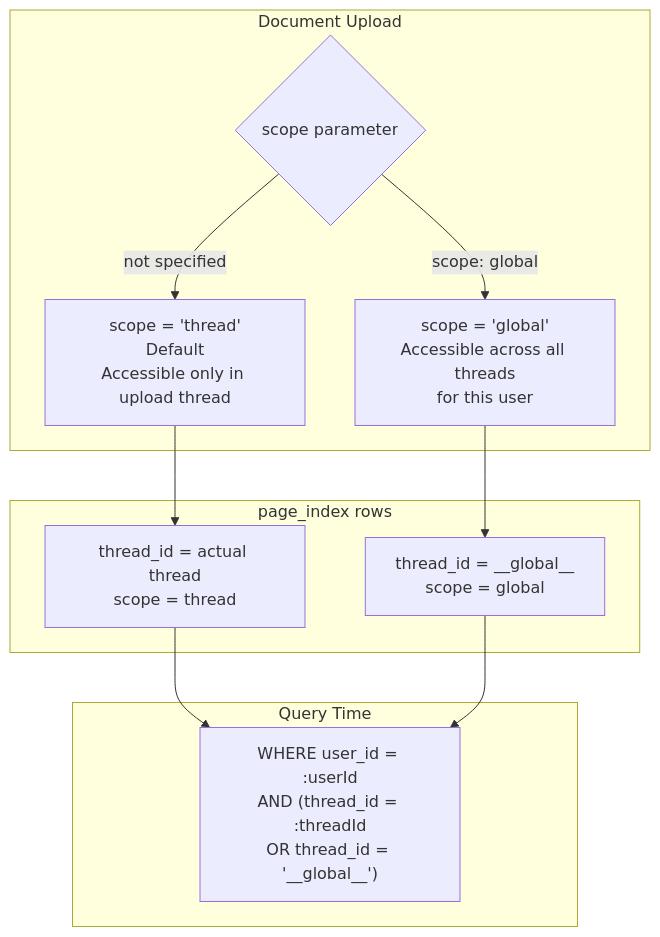
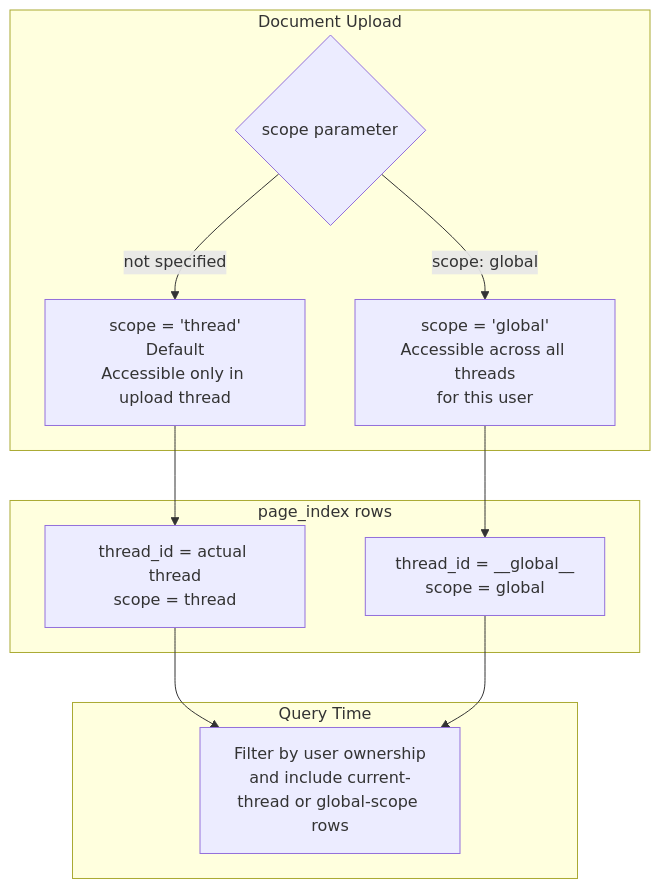
Before and after one commit to 1qh/safeagent: diagram 16 of 29 in plan/09-retrieval.md, drawn with Mermaid. The commit also changed other lines of this file and 18 other files, not shown here.

````diff
--- a/plan/09-retrieval.md
+++ b/plan/09-retrieval.md
@@ -686,22 +686,22 @@
 ```mermaid
 flowchart TD
     subgraph UPLOAD_SCOPE["Document Upload"]
         SCOPE_DECISION{"scope parameter"}
         THREAD_SCOPE_MODE["scope = 'thread'\nDefault\nAccessible only in upload thread"]
         GLOBAL_SCOPE_MODE["scope = 'global'\nAccessible across all threads\nfor this user"]
         SCOPE_DECISION -->|"not specified"| THREAD_SCOPE_MODE
         SCOPE_DECISION -->|"scope: global"| GLOBAL_SCOPE_MODE
     end
 
     subgraph STORED_ROWS["page_index rows"]
         THREAD_SCOPE_ROW["thread_id = actual thread\nscope = thread"]
         GLOBAL_SCOPE_ROW["thread_id = __global__\nscope = global"]
         THREAD_SCOPE_MODE --> THREAD_SCOPE_ROW
         GLOBAL_SCOPE_MODE --> GLOBAL_SCOPE_ROW
     end
 
     subgraph QUERY_FILTER["Query Time"]
-        SCOPE_WHERE["WHERE user_id = :userId\nAND (thread_id = :threadId\nOR thread_id = '__global__')"]
+        SCOPE_WHERE["Filter by user ownership\nand include current-thread or global-scope rows"]
         THREAD_SCOPE_ROW & GLOBAL_SCOPE_ROW --> SCOPE_WHERE
     end
 ```
````
